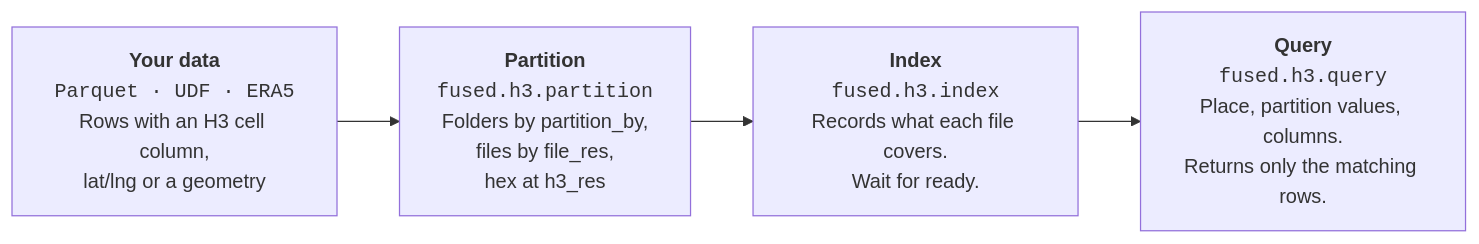
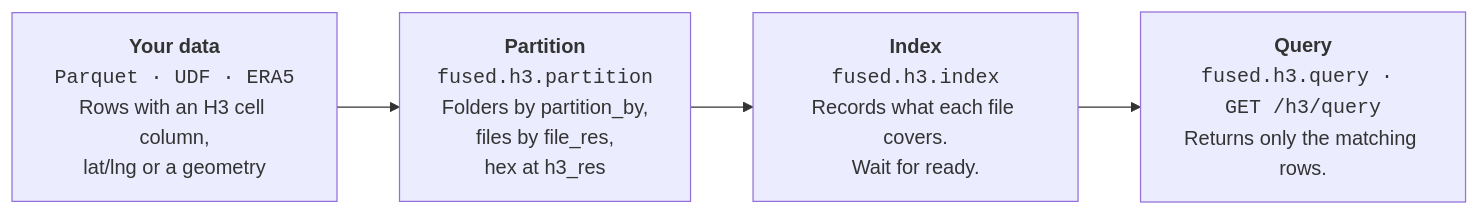
The diagram in docs/guide/h3-analytics/data-retrieval-end-to-end.mdx (fusedio/fused-docs), drawn with Mermaid before and after one commit. The commit also changed other lines of this file, not shown here.

Commit message:
Tighten partition, index and example wording

````diff
--- a/docs/guide/h3-analytics/data-retrieval-end-to-end.mdx
+++ b/docs/guide/h3-analytics/data-retrieval-end-to-end.mdx
@@ -13,8 +13,8 @@
 ```mermaid
 flowchart LR
     A["<b>Your data</b><br/><code>Parquet · UDF · ERA5</code><br/>Rows with an H3 cell column,<br/>lat/lng or a geometry"]
     B["<b>Partition</b><br/><code>fused.h3.partition</code><br/>Folders by partition_by,<br/>files by file_res,<br/>hex at h3_res"]
     C["<b>Index</b><br/><code>fused.h3.index</code><br/>Records what each file covers.<br/>Wait for ready."]
-    D["<b>Query</b><br/><code>fused.h3.query</code><br/>Place, partition values, columns.<br/>Returns only the matching rows."]
+    D["<b>Query</b><br/><code>fused.h3.query · GET /h3/query</code><br/>Returns only the matching rows."]
     A --> B --> C --> D
 ```
````
